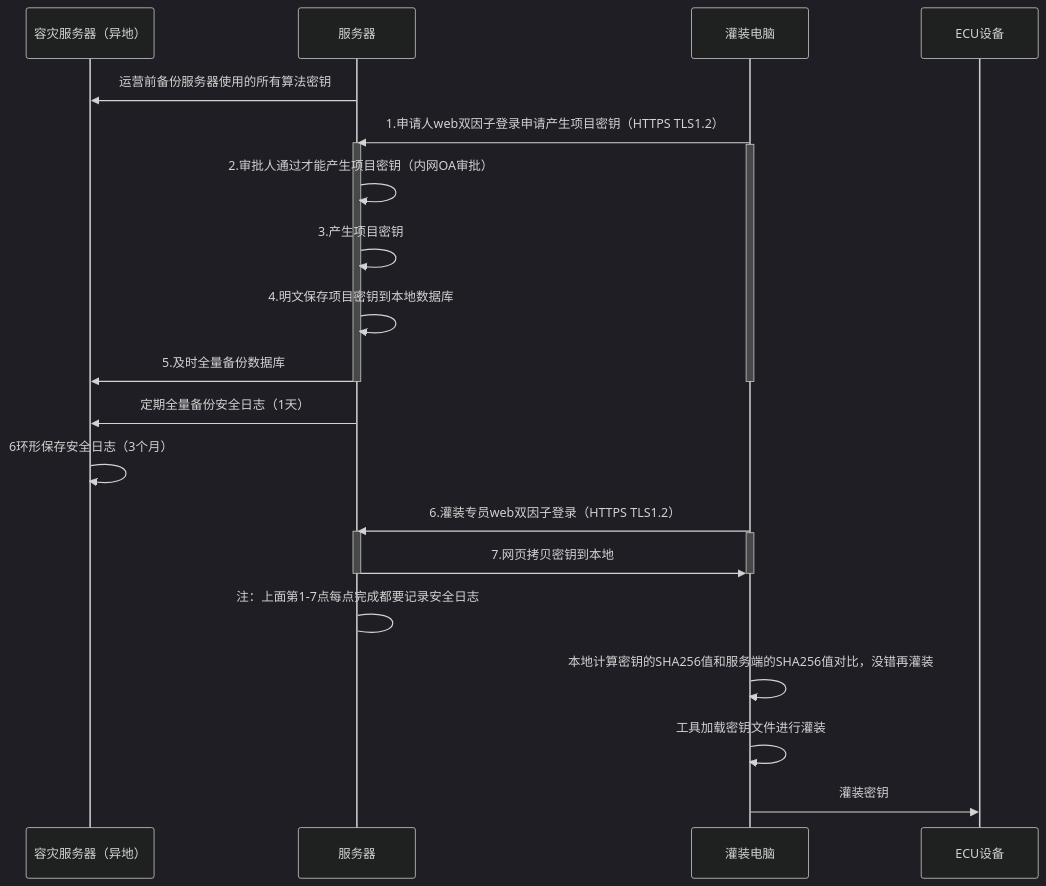
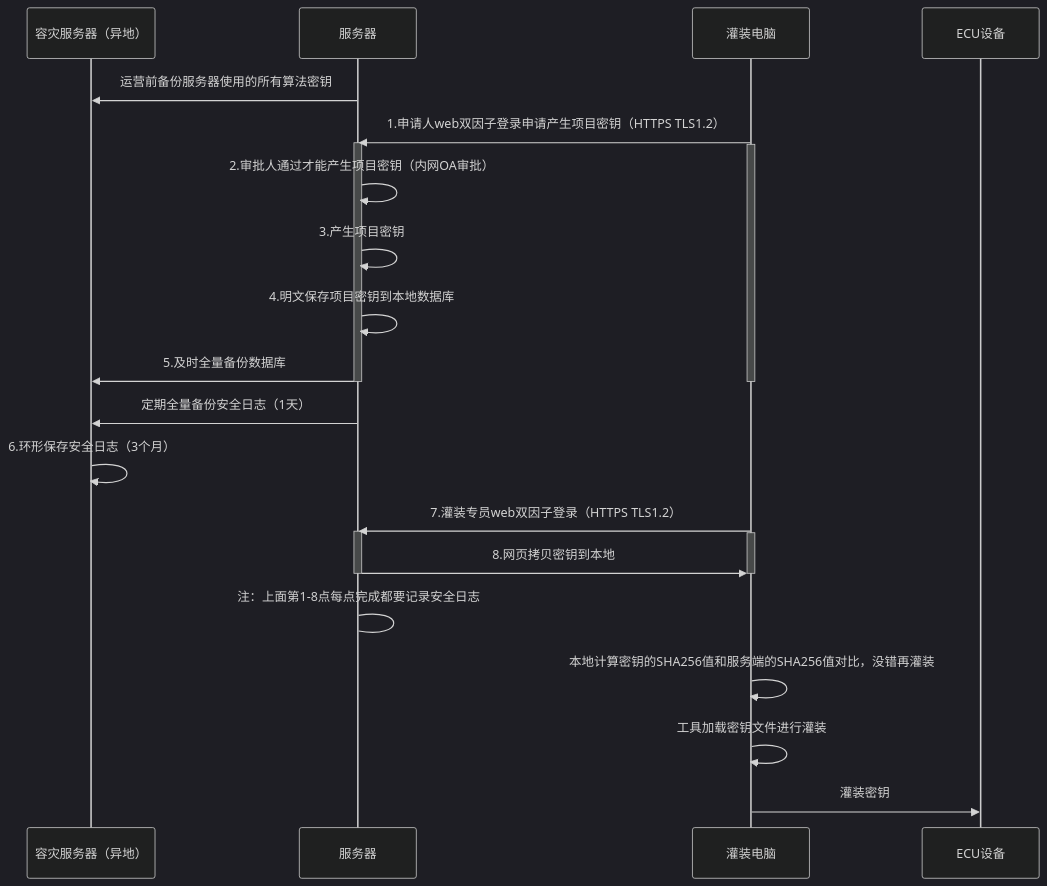
Before and after one commit to facebook-cloud/iodraw-files: the diagram in all/未命名-20.md, drawn with Mermaid (dark theme).

Commit message:
2026-03-28 09:31:34 update

````diff
--- a/all/未命名-20.md
+++ b/all/未命名-20.md
@@ -1,35 +1,35 @@
 ```mermaid
 sequenceDiagram
     participant A as 容灾服务器（异地）
     participant B as 服务器
     participant D as 灌装电脑
     participant E as ECU设备
 
     B->>A: 运营前备份服务器使用的所有算法密钥
     D->>B: 1.申请人web双因子登录申请产生项目密钥（HTTPS TLS1.2）
     activate B
     activate D
     B->>B: 2.审批人通过才能产生项目密钥（内网OA审批）
     B->>B: 3.产生项目密钥
     B->>B: 4.明文保存项目密钥到本地数据库
     B->>A: 5.及时全量备份数据库
 
     deactivate B
     deactivate D
 
     B->>A: 定期全量备份安全日志（1天）
-    A->>A: 6环形保存安全日志（3个月）
+    A->>A: 6.环形保存安全日志（3个月）
     
-    D->>B: 6.灌装专员web双因子登录（HTTPS TLS1.2）
+    D->>B: 7.灌装专员web双因子登录（HTTPS TLS1.2）
     activate B
     activate D
-    B->>D: 7.网页拷贝密钥到本地
+    B->>D: 8.网页拷贝密钥到本地
     deactivate B
     deactivate D
-    B->B: 注：上面第1-7点每点完成都要记录安全日志
+    B->B: 注：上面第1-8点每点完成都要记录安全日志
 
     D->>D:本地计算密钥的SHA256值和服务端的SHA256值对比，没错再灌装
     D->>D:工具加载密钥文件进行灌装
     
     D->>E: 灌装密钥
 ```
````
